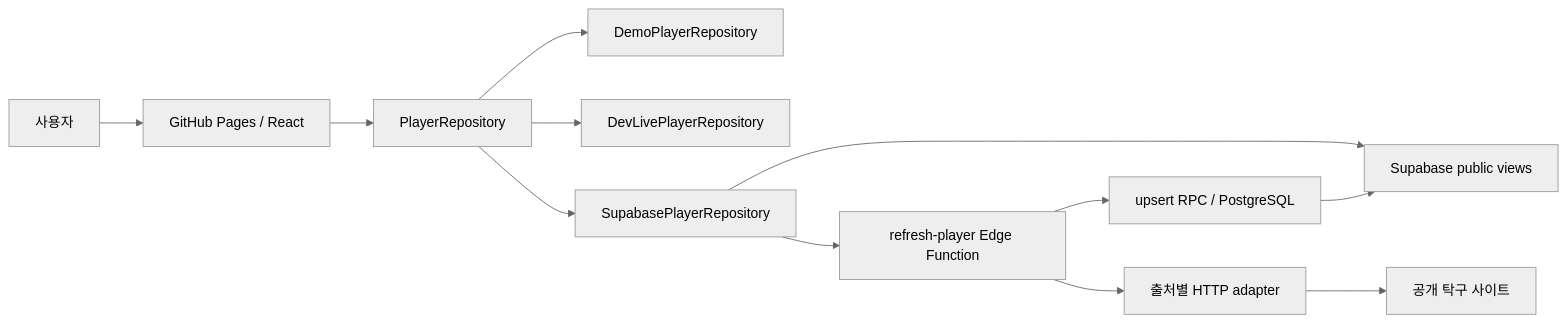
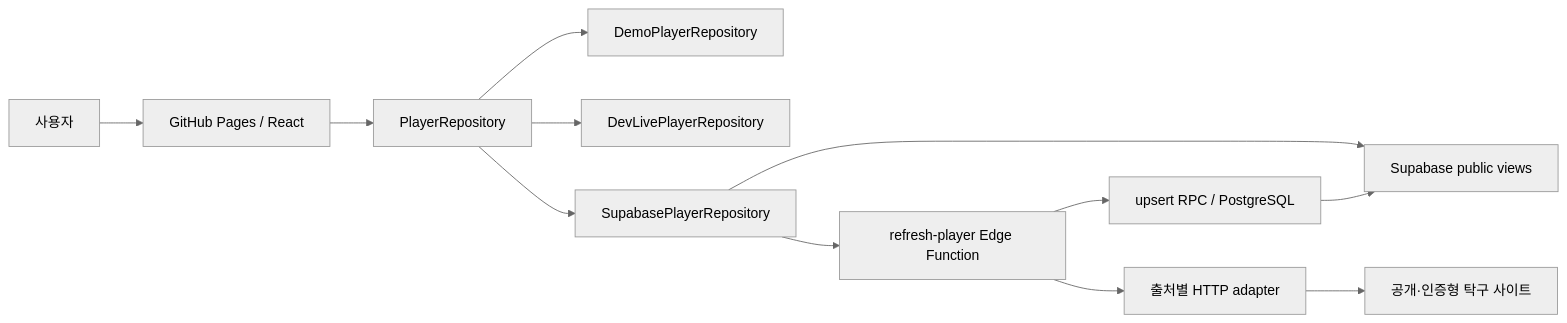
Before and after one commit to iamdenny/pingpong-busu: the diagram in docs/architecture.md, drawn with Mermaid (neutral theme). The commit also changed other lines of this file and 35 other files, not shown here.

````diff
--- a/docs/architecture.md
+++ b/docs/architecture.md
@@ -15,14 +15,14 @@
 ```mermaid
 flowchart LR
   U["사용자"] --> W["GitHub Pages / React"]
   W --> R["PlayerRepository"]
   R --> D["DemoPlayerRepository"]
   R --> L["DevLivePlayerRepository"]
   R --> S["SupabasePlayerRepository"]
   S --> V["Supabase public views"]
   S --> E["refresh-player Edge Function"]
   E --> A["출처별 HTTP adapter"]
-  A --> X["공개 탁구 사이트"]
+  A --> X["공개·인증형 탁구 사이트"]
   E --> P["upsert RPC / PostgreSQL"]
   P --> V
 ```
````
